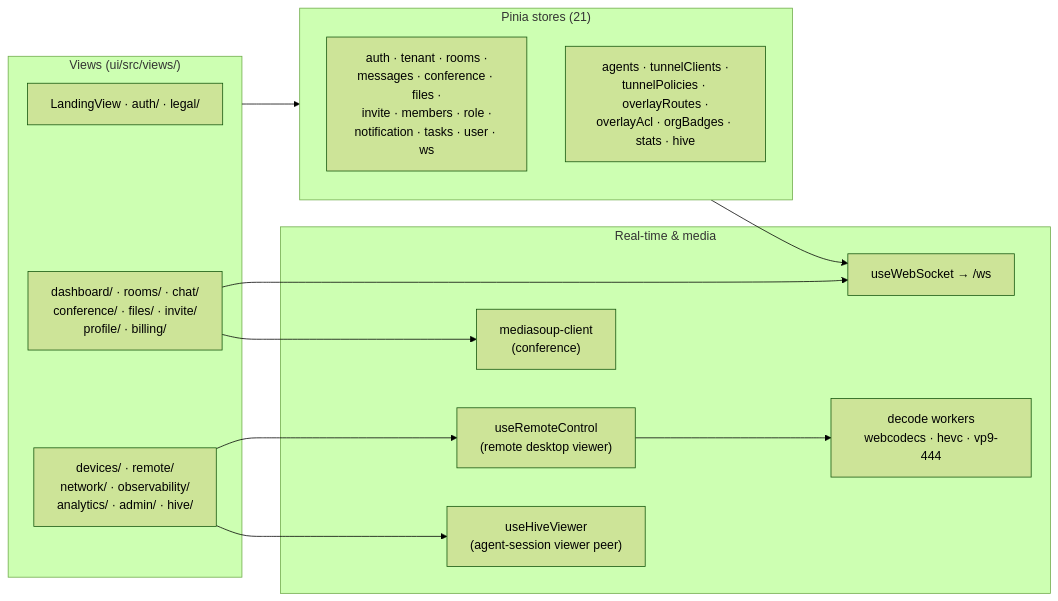
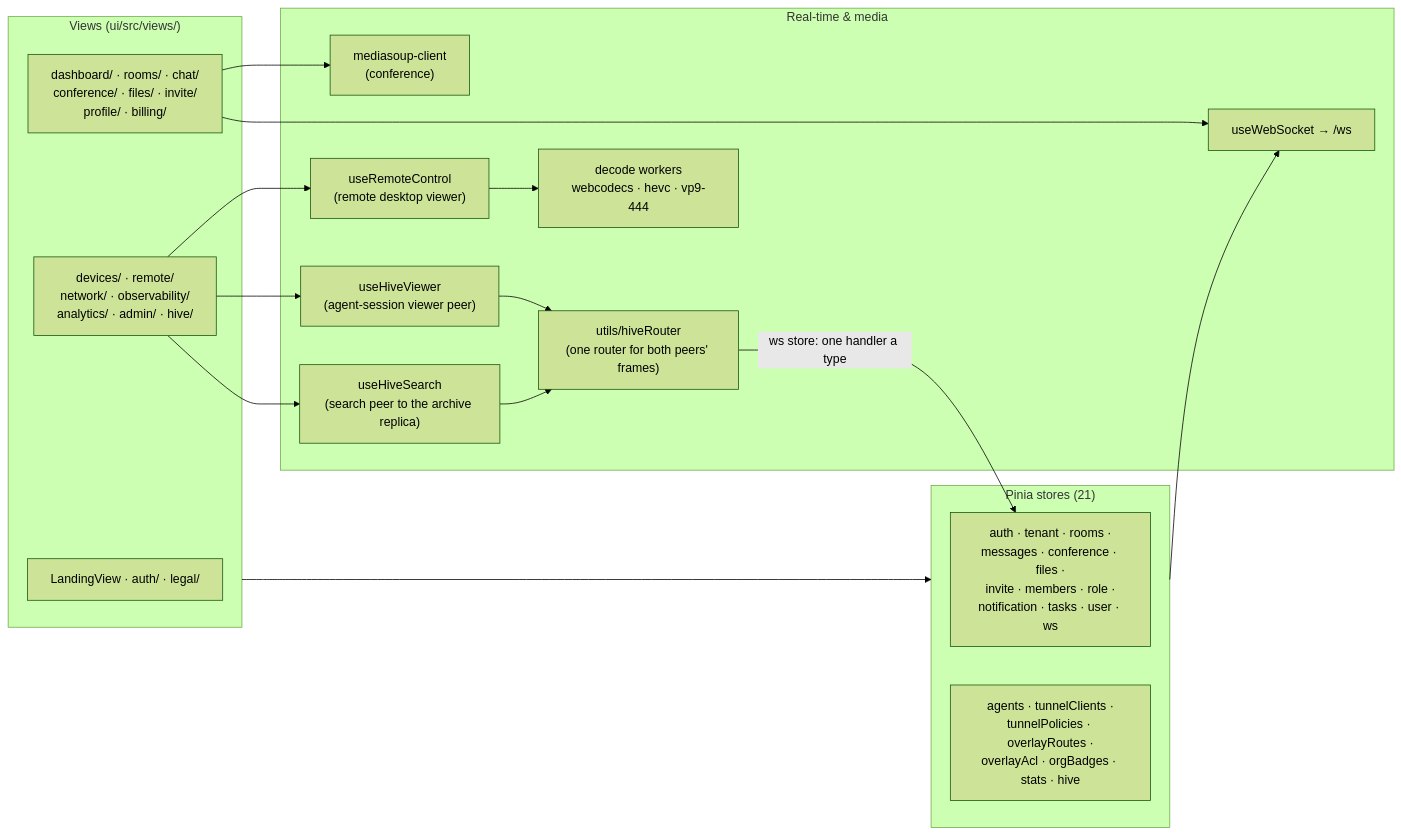
One commit to gjovanov/roomler-ai changed the first of 2 diagrams in docs/ui.md. Above: the diagram before and after it, drawn with Mermaid (forest theme). The commit also changed other lines of this file and 13 other files, not shown here.

````diff
--- a/docs/ui.md
+++ b/docs/ui.md
@@ -7,27 +7,30 @@
 ```mermaid
 flowchart LR
     subgraph views["Views (ui/src/views/)"]
         L["LandingView · auth/ · legal/"]
         CORE["dashboard/ · rooms/ · chat/<br/>conference/ · files/ · invite/<br/>profile/ · billing/"]
         FLEET["devices/ · remote/<br/>network/ · observability/<br/>analytics/ · admin/ · hive/"]
     end
 
     subgraph state["Pinia stores (21)"]
         S1["auth · tenant · rooms ·<br/>messages · conference · files ·<br/>invite · members · role ·<br/>notification · tasks · user · ws"]
         S2["agents · tunnelClients ·<br/>tunnelPolicies · overlayRoutes ·<br/>overlayAcl · orgBadges · stats · hive"]
     end
 
     subgraph rt["Real-time & media"]
         WS["useWebSocket → /ws"]
         MS["mediasoup-client<br/>(conference)"]
         RC["useRemoteControl<br/>(remote desktop viewer)"]
         HV["useHiveViewer<br/>(agent-session viewer peer)"]
+        HS["useHiveSearch<br/>(search peer to the archive replica)"]
+        HR["utils/hiveRouter<br/>(one router for both peers' frames)"]
         WK["decode workers<br/>webcodecs · hevc · vp9-444"]
     end
 
     views --> state
     CORE --> WS & MS
     FLEET --> RC --> WK
-    FLEET --> HV
+    FLEET --> HV & HS
+    HV & HS --> HR -->|"ws store: one handler a type"| S1
     state --> WS
 ```
````
